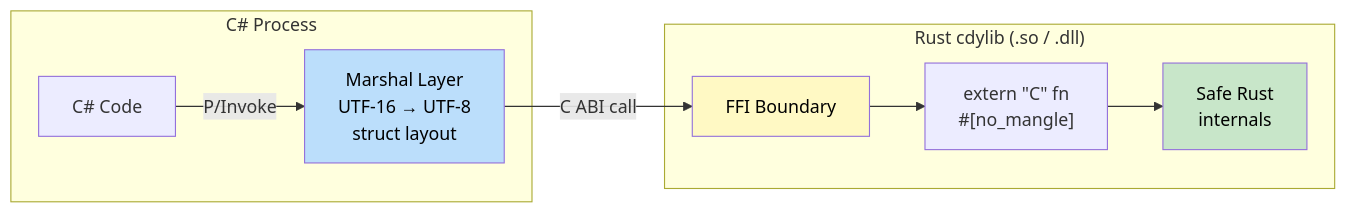
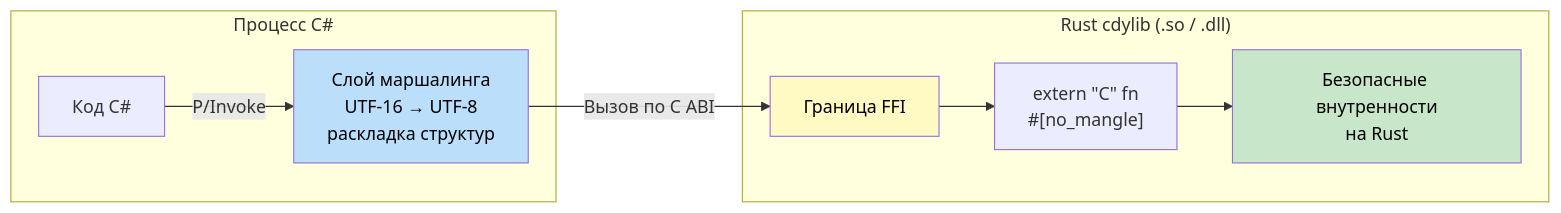
Before and after one commit to r007/RustTraining-Rus: the diagram in csharp-book/src/ch14-unsafe-rust-and-ffi.md, drawn with Mermaid. The commit also changed other lines of this file and 13 other files, not shown here.

````diff
--- a/csharp-book/src/ch14-unsafe-rust-and-ffi.md
+++ b/csharp-book/src/ch14-unsafe-rust-and-ffi.md
@@ -107,15 +107,15 @@
 ```mermaid
 graph LR
-    subgraph "C# Process"
-        CS["C# Code"] -->|"P/Invoke"| MI["Marshal Layer<br/>UTF-16 → UTF-8<br/>struct layout"]
+    subgraph "Процесс C#"
+        CS["Код C#"] -->|"P/Invoke"| MI["Слой маршалинга<br/>UTF-16 → UTF-8<br/>раскладка структур"]
     end
-    MI -->|"C ABI call"| FFI["FFI Boundary"]
+    MI -->|"Вызов по C ABI"| FFI["Граница FFI"]
     subgraph "Rust cdylib (.so / .dll)"
         FFI --> RF["extern #quot;C#quot; fn<br/>#[no_mangle]"]
-        RF --> Safe["Safe Rust<br/>internals"]
+        RF --> Safe["Безопасные внутренности<br/>на Rust"]
     end
 
     style FFI fill:#fff9c4,color:#000
     style MI fill:#bbdefb,color:#000
     style Safe fill:#c8e6c9,color:#000
 ```
````
